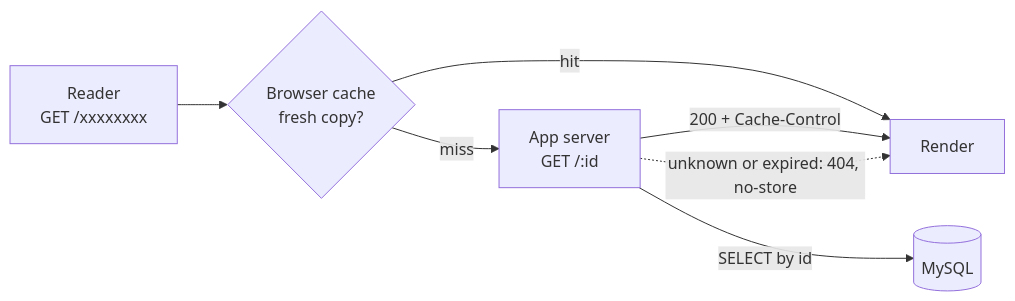
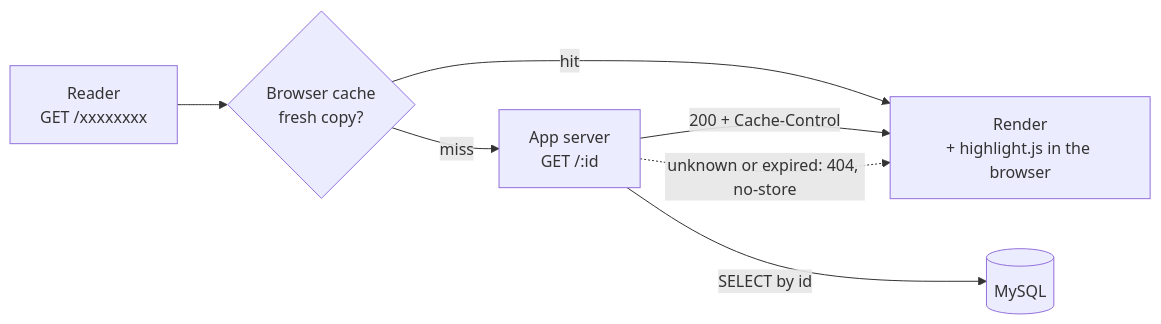
Before and after one commit to bulutaysarac/pastebin: the second of 2 diagrams in README.md, drawn with Mermaid. The commit also changed other lines of this file and 18 other files, not shown here.

````diff
--- a/README.md
+++ b/README.md
@@ -23,9 +23,9 @@
 ```mermaid
 flowchart LR
     Reader["Reader<br/>GET /xxxxxxxx"] --> Cache{"Browser cache<br/>fresh copy?"}
-    Cache -->|hit| Render["Render"]
+    Cache -->|hit| Render["Render<br/>+ highlight.js in the browser"]
     Cache -->|miss| App["App server<br/>GET /:id"]
     App -->|"SELECT by id"| DB[("MySQL")]
     App -->|"200 + Cache-Control"| Render
     App -.->|"unknown or expired: 404, no-store"| Render
 ```
````
